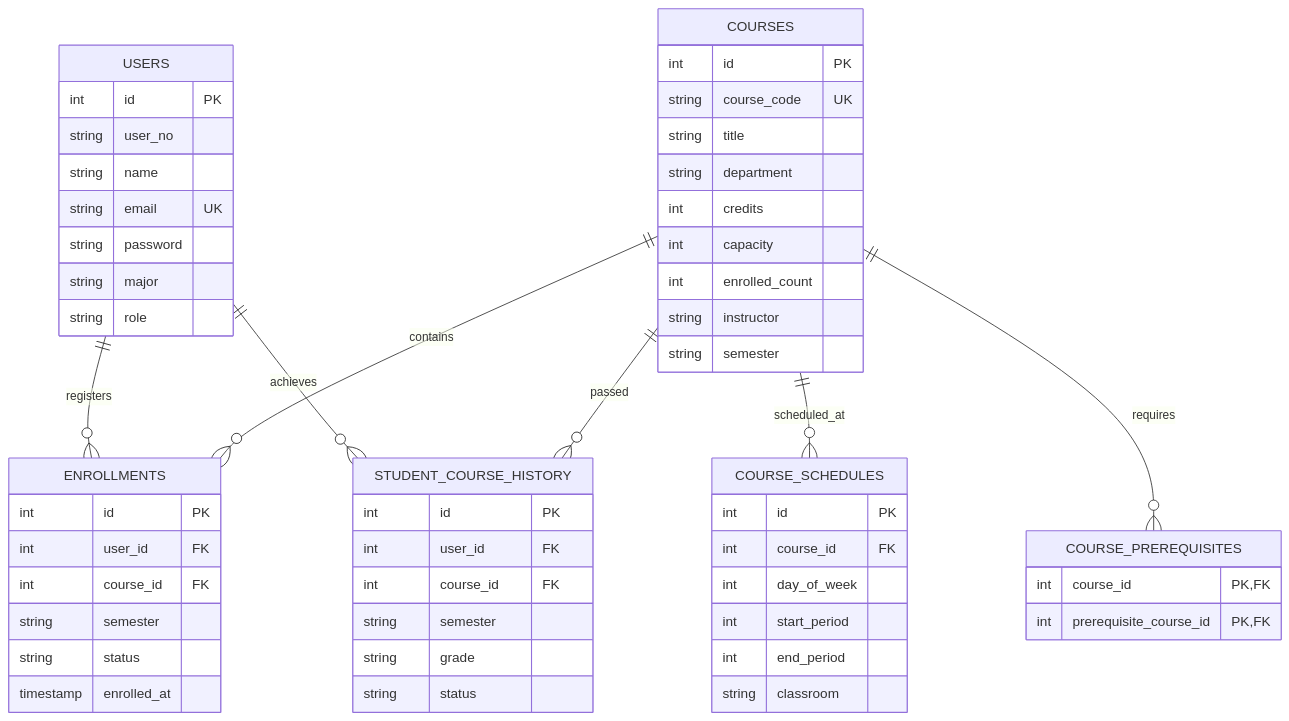
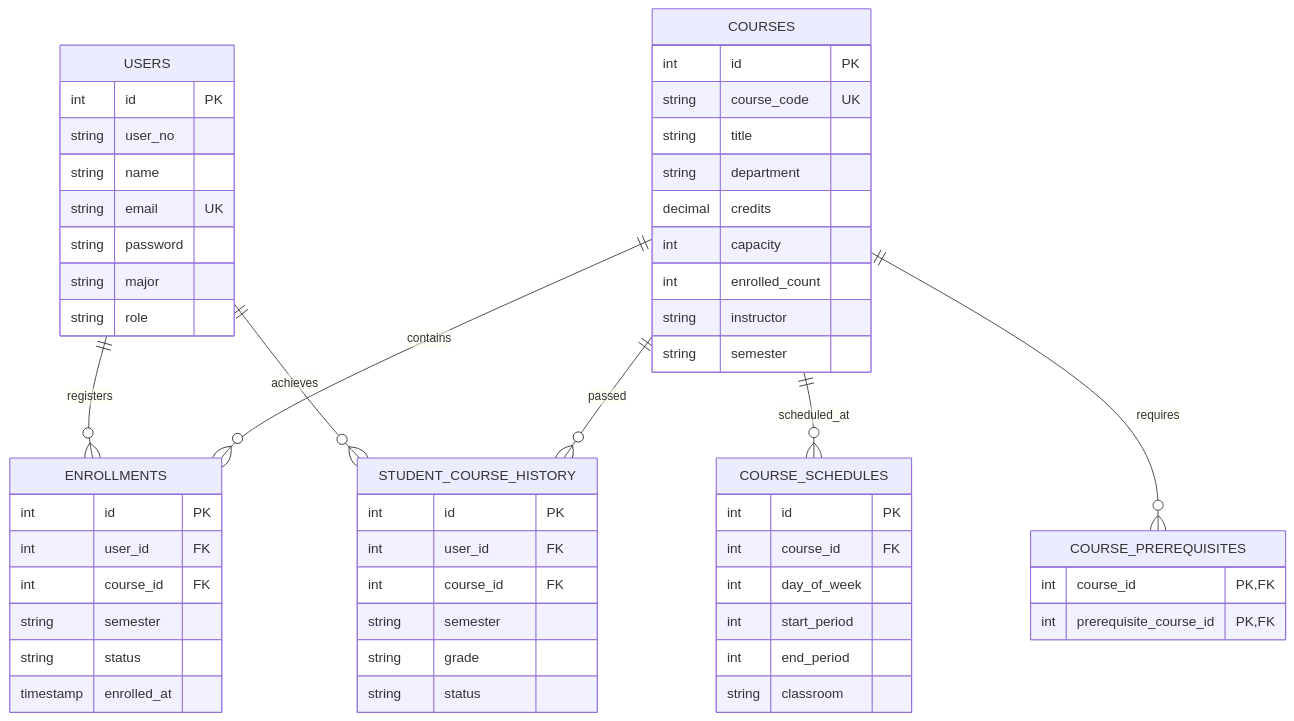
The diagram in doc/USAGE_GUIDE.md (mahmoud-abdalla-eg/db-systems-p2-uni-course-selection), drawn with Mermaid before and after one commit. The commit also changed other lines of this file and 7 other files, not shown here.

````diff
--- a/doc/USAGE_GUIDE.md
+++ b/doc/USAGE_GUIDE.md
@@ -30,63 +30,63 @@
 ```mermaid
 erDiagram
     USERS ||--o{ ENROLLMENTS : registers
     USERS ||--o{ STUDENT_COURSE_HISTORY : achieves
     COURSES ||--o{ ENROLLMENTS : contains
     COURSES ||--o{ COURSE_SCHEDULES : scheduled_at
     COURSES ||--o{ COURSE_PREREQUISITES : requires
     COURSES ||--o{ STUDENT_COURSE_HISTORY : passed
 
     USERS {
         int id PK
         string user_no
         string name
         string email UK
         string password
         string major
         string role
     }
 
     COURSES {
         int id PK
         string course_code UK
         string title
         string department
-        int credits
+        decimal credits
         int capacity
         int enrolled_count
         string instructor
         string semester
     }
 
     COURSE_SCHEDULES {
         int id PK
         int course_id FK
         int day_of_week
         int start_period
         int end_period
         string classroom
     }
 
     COURSE_PREREQUISITES {
         int course_id PK,FK
         int prerequisite_course_id PK,FK
     }
 
     STUDENT_COURSE_HISTORY {
         int id PK
         int user_id FK
         int course_id FK
         string semester
         string grade
         string status
     }
 
     ENROLLMENTS {
         int id PK
         int user_id FK
         int course_id FK
         string semester
         string status
         timestamp enrolled_at
     }
 ```
````
